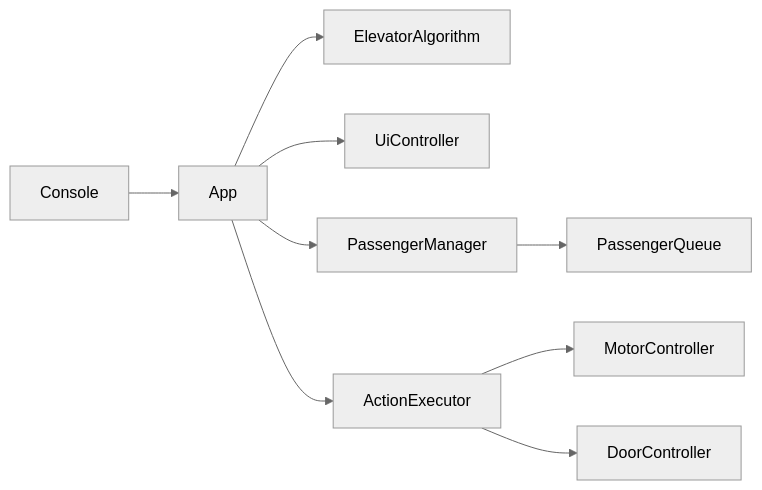
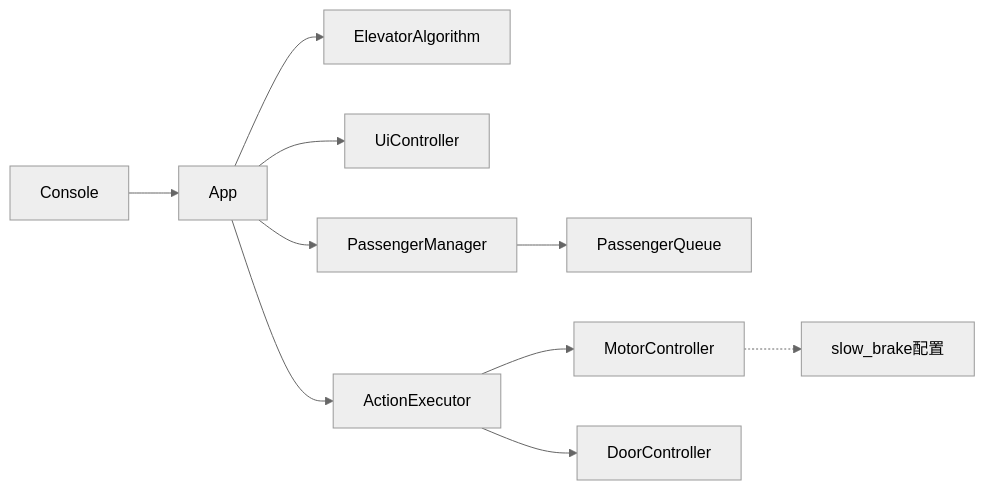
Before and after one commit to xmb505/Haku_EET: the seventh of 7 diagrams in .qoder/repowiki/zh/content/大脑模块.md, drawn with Mermaid (neutral theme). The commit also changed other lines of this file and 40 other files, not shown here.

````diff
--- a/.qoder/repowiki/zh/content/大脑模块.md
+++ b/.qoder/repowiki/zh/content/大脑模块.md
@@ -284,11 +316,12 @@
 ```mermaid
 graph LR
 Console["Console"] --> App["App"]
 App --> Algorithm["ElevatorAlgorithm"]
 App --> UI["UiController"]
 App --> PM["PassengerManager"]
 PM --> PQ["PassengerQueue"]
 App --> Exec["ActionExecutor"]
 Exec --> MC["MotorController"]
 Exec --> DC["DoorController"]
+MC -.-> SB["slow_brake配置"]
 ```
````
